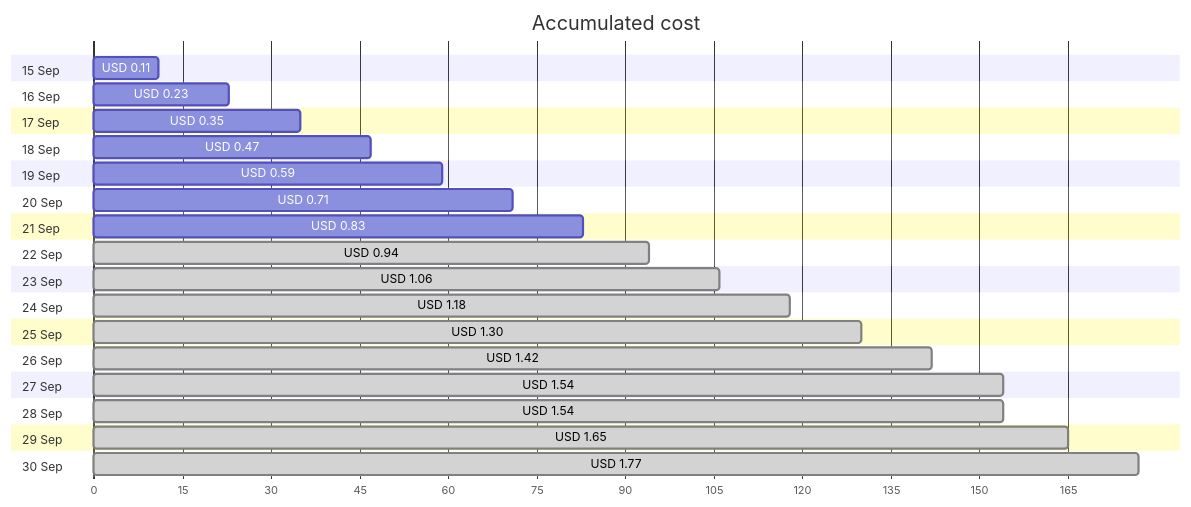
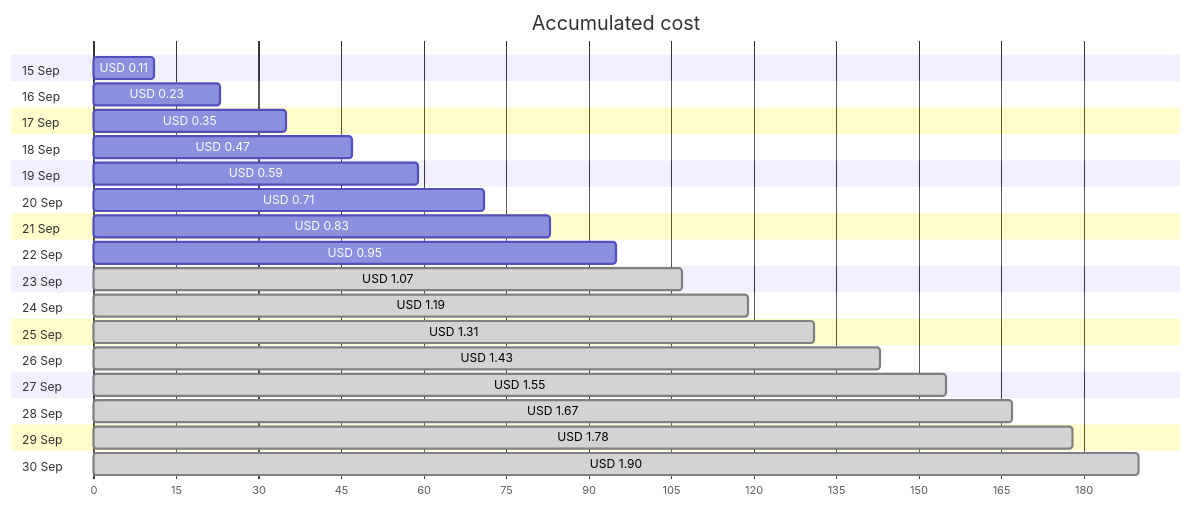
The first of 4 diagrams in cost-reports/personal-network/vpn-server-public-ip.md (jpfulton/azure-personal-reports), drawn with Mermaid before and after one commit. The commit also changed other lines of this file and 9 other files, not shown here.

````diff
--- a/cost-reports/personal-network/vpn-server-public-ip.md
+++ b/cost-reports/personal-network/vpn-server-public-ip.md
@@ -20,38 +20,38 @@
 ```mermaid
 gantt
    title Accumulated cost
    dateFormat  X
    axisFormat %s
    section 15 Sep
    USD 0.11 :0, 11
    section 16 Sep
    USD 0.23 :0, 23
    section 17 Sep
    USD 0.35 :0, 35
    section 18 Sep
    USD 0.47 :0, 47
    section 19 Sep
    USD 0.59 :0, 59
    section 20 Sep
    USD 0.71 :0, 71
    section 21 Sep
    USD 0.83 :0, 83
    section 22 Sep
-   USD 0.94 : done, 0, 94
+   USD 0.95 :0, 95
    section 23 Sep
-   USD 1.06 : done, 0, 106
+   USD 1.07 : done, 0, 107
    section 24 Sep
-   USD 1.18 : done, 0, 118
+   USD 1.19 : done, 0, 119
    section 25 Sep
-   USD 1.30 : done, 0, 130
+   USD 1.31 : done, 0, 131
    section 26 Sep
-   USD 1.42 : done, 0, 142
+   USD 1.43 : done, 0, 143
    section 27 Sep
-   USD 1.54 : done, 0, 154
+   USD 1.55 : done, 0, 155
    section 28 Sep
-   USD 1.54 : done, 0, 154
+   USD 1.67 : done, 0, 167
    section 29 Sep
-   USD 1.65 : done, 0, 165
+   USD 1.78 : done, 0, 178
    section 30 Sep
-   USD 1.77 : done, 0, 177
+   USD 1.90 : done, 0, 190
 ```
````
